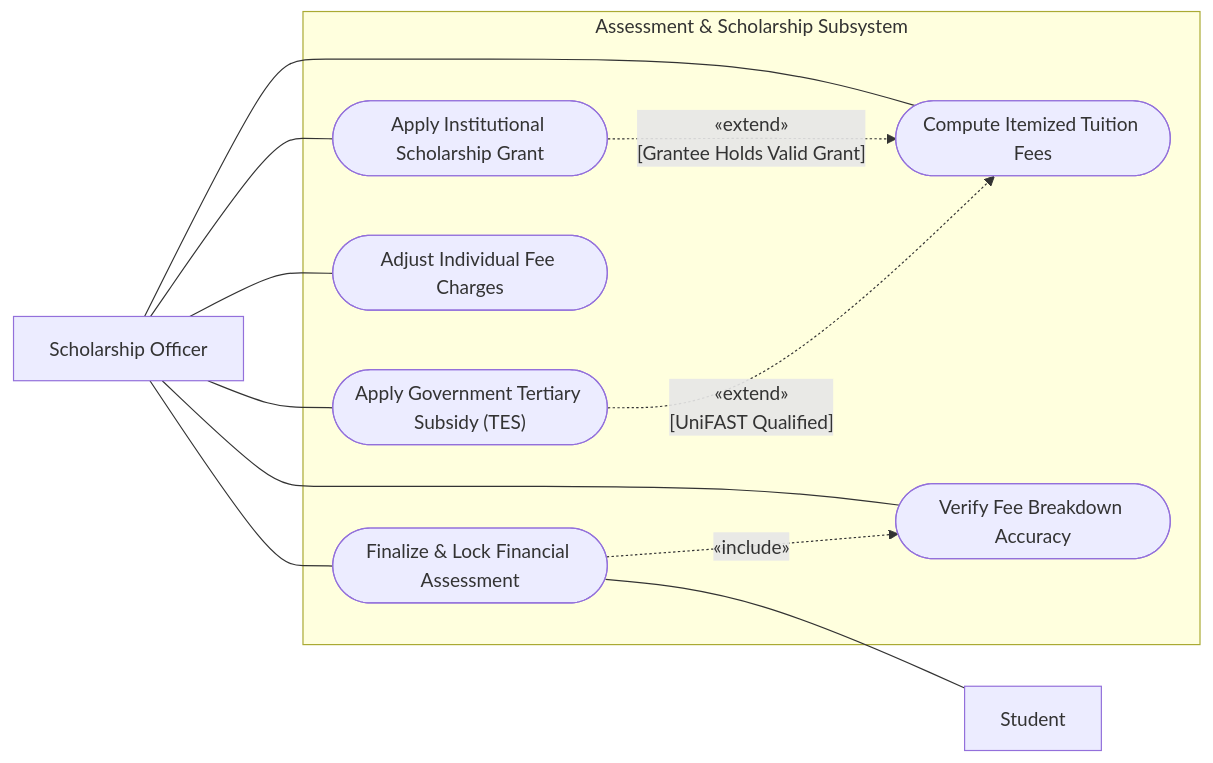
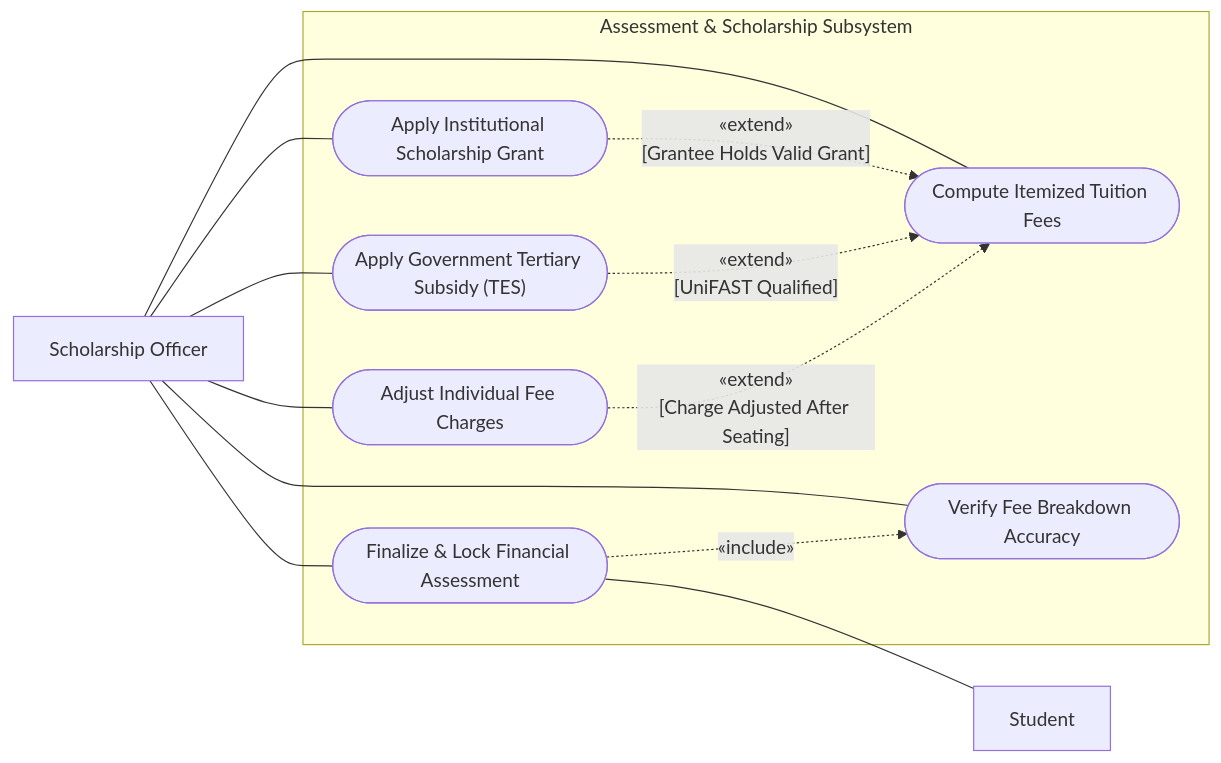
Before and after one commit to kirbygeagonia-create/EnrollmentManagementSystem: the ninth of 17 diagrams in Documentation/Use-Case-Diagram-Guide.md, drawn with Mermaid. The commit also changed other lines of this file and 45 other files, not shown here.

````diff
--- a/Documentation/Use-Case-Diagram-Guide.md
+++ b/Documentation/Use-Case-Diagram-Guide.md
@@ -458,26 +460,27 @@
 ```mermaid
 flowchart LR
     A_Sch["Scholarship Officer"]
     A_Stud["Student"]
 
     subgraph SYSTEM ["Assessment & Scholarship Subsystem"]
         UC_AS01(["Compute Itemized Tuition Fees"])
         UC_AS02(["Apply Institutional Scholarship Grant"])
         UC_AS03(["Apply Government Tertiary Subsidy (TES)"])
         UC_AS04(["Adjust Individual Fee Charges"])
         UC_AS05(["Verify Fee Breakdown Accuracy"])
         UC_AS06(["Finalize & Lock Financial Assessment"])
     end
 
     A_Sch --- UC_AS01
     A_Sch --- UC_AS02
     A_Sch --- UC_AS03
     A_Sch --- UC_AS04
     A_Sch --- UC_AS05
     A_Sch --- UC_AS06
 
     UC_AS02 -.->|"«extend»\n[Grantee Holds Valid Grant]"| UC_AS01
     UC_AS03 -.->|"«extend»\n[UniFAST Qualified]"| UC_AS01
     UC_AS06 -.->|"«include»"| UC_AS05
+    UC_AS04 -.->|"«extend»\n[Charge Adjusted After Seating]"| UC_AS01
     UC_AS06 --- A_Stud
 ```
````
